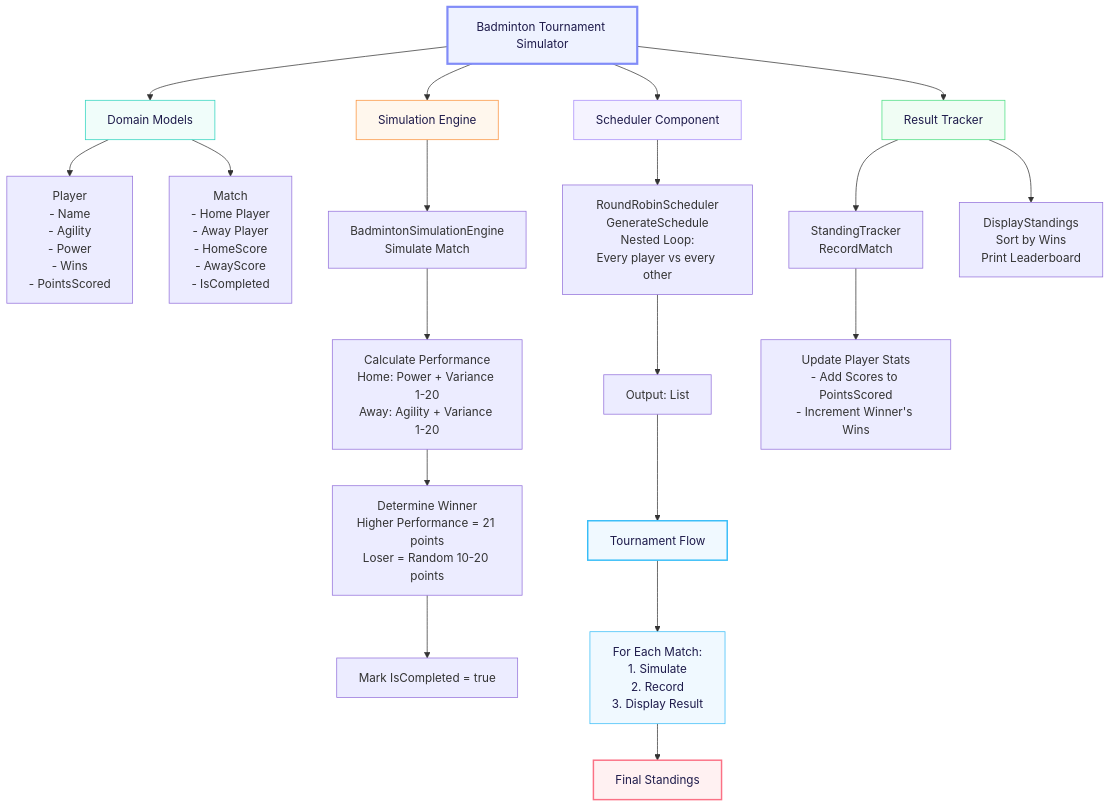
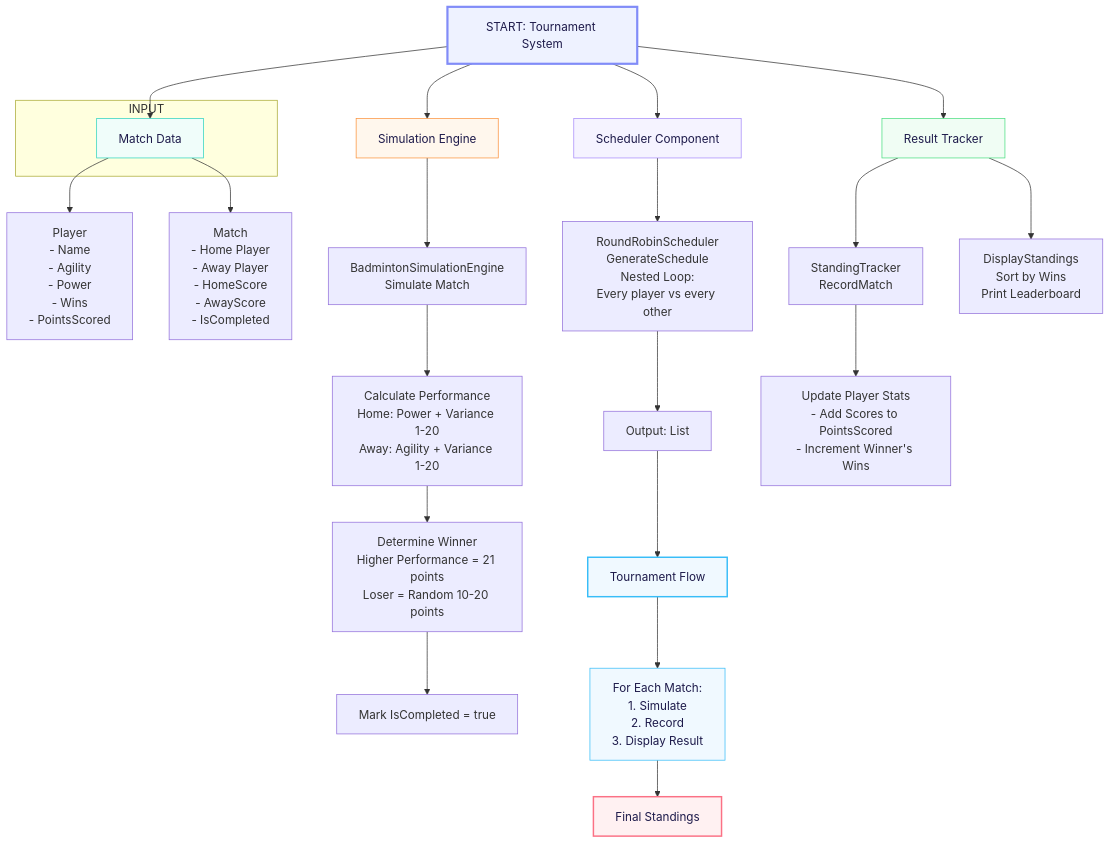
Before and after one commit to BSCpE-2-Software-Design/Badminton-Tournament-Simulator: the first of 2 diagrams in README.md, drawn with Mermaid.

````diff
--- a/README.md
+++ b/README.md
@@ -2,64 +2,69 @@
 ```mermaid
 ---
 config:
 layout: elk
 ---
 graph TD
 A["Badminton Tournament Simulator"] --> B["Domain Models"]
 A --> C["Scheduler Component"]
 A --> D["Simulation Engine"]
 A --> E["Result Tracker"]
+A[START: Tournament System]
 
+subgraph INPUT
+B[Player Data]
+B[Match Data]
+end
 B --> B1["Player
 - Name
 - Agility
 - Power
 - Wins
 - PointsScored"]
 B --> B2["Match
 - Home Player
 - Away Player
 - HomeScore
 - AwayScore
 - IsCompleted"]
 C --> C1["RoundRobinScheduler
 GenerateSchedule
 Nested Loop:
 Every player vs every other"]
 C1 --> C2["Output: List<Match>"]
 
 D --> D1["BadmintonSimulationEngine
 Simulate Match"]
 D1 --> D2["Calculate Performance
 Home: Power + Variance 1-20
 Away: Agility + Variance 1-20"]
 D2 --> D3["Determine Winner
 Higher Performance = 21 points
 Loser = Random 10-20 points"]
 D3 --> D4["Mark IsCompleted = true"]
 
 E --> E1["StandingTracker
 RecordMatch"]
 E1 --> E2["Update Player Stats
 - Add Scores to PointsScored
 - Increment Winner's Wins"]
 E --> E3["DisplayStandings
 Sort by Wins
 Print Leaderboard"]
 
 C2 --> F["Tournament Flow"]
 F --> G["For Each Match:
 1. Simulate
 2. Record
 3. Display Result"]
 G --> H["Final Standings"]
 
 style A stroke:#818cf8,fill:#eef2ff,color:#1e1b4b,stroke-width:3px
 style B stroke:#2dd4bf,fill:#f0fdfa,color:#1e1b4b
 style C stroke:#a78bfa,fill:#f5f3ff,color:#1e1b4b
 style D stroke:#fb923c,fill:#fff7ed,color:#1e1b4b
 style E stroke:#4ade80,fill:#f0fdf4,color:#1e1b4b
 style F stroke:#38bdf8,fill:#f0f9ff,color:#1e1b4b,stroke-width:2px
 style G stroke:#38bdf8,fill:#f0f9ff,color:#1e1b4b
 style H stroke:#fb7185,fill:#fff1f2,color:#1e1b4b,stroke-width:2px
 ```
````
